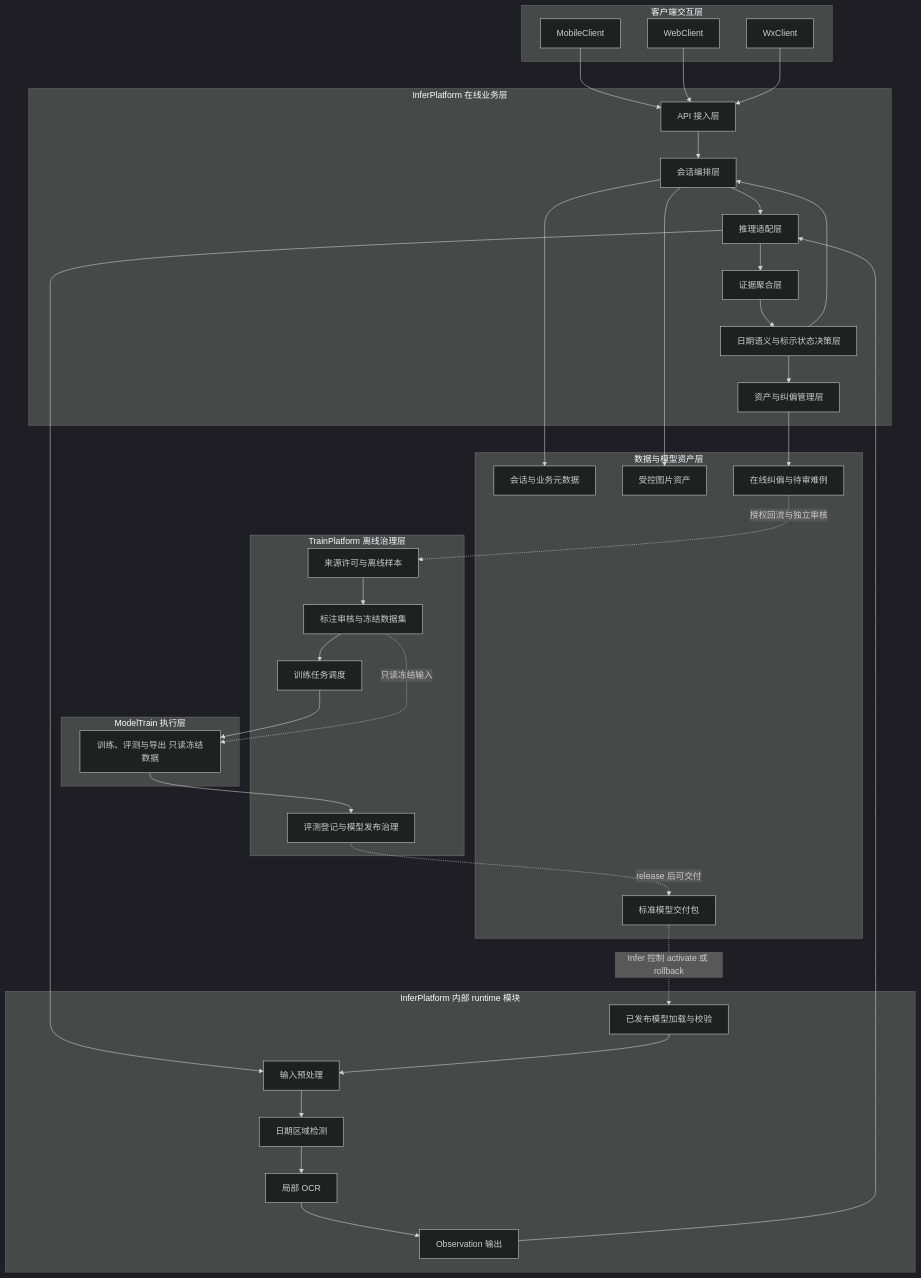
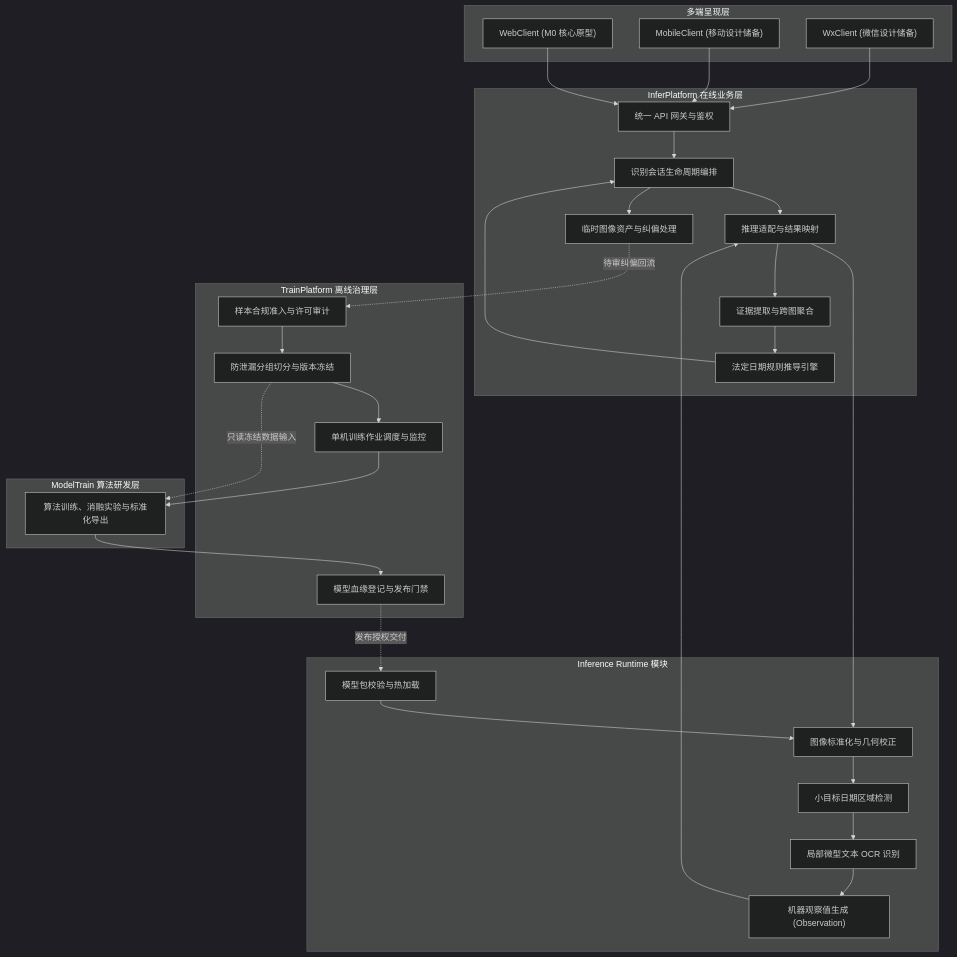
The second of 3 diagrams in ARCHITECTURE.md (QingMouFoodDate/ProjectPRD), drawn with Mermaid (dark theme) before and after one commit. The commit also changed other lines of this file and 3 other files, not shown here.

````diff
--- a/ARCHITECTURE.md
+++ b/ARCHITECTURE.md
@@ -55,62 +60,51 @@
 ```mermaid
 flowchart TB
-    subgraph Clients["客户端交互层"]
-        MOBILE["MobileClient"]
-        WEB["WebClient"]
-        WX["WxClient"]
+    subgraph Clients["多端呈现层"]
+        WEB["WebClient (M0 核心原型)"]
+        MOBILE["MobileClient (移动设计储备)"]
+        WX["WxClient (微信设计储备)"]
     end
 
-    subgraph Platform["InferPlatform 在线业务层"]
-        API["API 接入层"]
-        SESSION["会话编排层"]
-        ADAPTER["推理适配层"]
-        EVIDENCE["证据聚合层"]
-        DECISION["日期语义与标示状态决策层"]
-        ASSET["资产与纠偏管理层"]
+    subgraph OnlinePlatform["InferPlatform 在线业务层"]
+        API["统一 API 网关与鉴权"]
+        SESSION["识别会话生命周期编排"]
+        ADAPTER["推理适配与结果映射"]
+        EVIDENCE_AGG["证据提取与跨图聚合"]
+        DECISION_ENG["法定日期规则推导引擎"]
+        ASSET_MGR["临时图像资产与纠偏处理"]
     end
 
-    subgraph Runtime["InferPlatform 内部 runtime 模块"]
-        LOAD["已发布模型加载与校验"]
-        PREPROCESS["输入预处理"]
-        DETECTOR["日期区域检测"]
-        OCR["局部 OCR"]
-        OBSERVATION["Observation 输出"]
+    subgraph RuntimeEngine["Inference Runtime 模块"]
+        LOADER["模型包校验与热加载"]
+        PRE["图像标准化与几何校正"]
+        DET["小目标日期区域检测"]
+        REC["局部微型文本 OCR 识别"]
+        OBS["机器观察值生成 (Observation)"]
     end
 
-    subgraph Assets["数据与模型资产层"]
-        BUSINESS["会话与业务元数据"]
-        IMAGES["受控图片资产"]
-        CORRECTIONS["在线纠偏与待审难例"]
-        MODEL["标准模型交付包"]
+    subgraph OfflinePlatform["TrainPlatform 离线治理层"]
+        SAMPLE_GOV["样本合规准入与许可审计"]
+        DATA_FREEZE["防泄漏分组切分与版本冻结"]
+        JOB_DISPATCH["单机训练作业调度与监控"]
+        RELEASE_GATE["模型血缘登记与发布门禁"]
     end
 
-    subgraph Offline["TrainPlatform 离线治理层"]
-        SAMPLES["来源许可与离线样本"]
-        DATASET["标注审核与冻结数据集"]
-        SCHEDULE["训练任务调度"]
-        REGISTER["评测登记与模型发布治理"]
+    subgraph ResearchEngine["ModelTrain 算法研发层"]
+        ALGO_EXEC["算法训练、消融实验与标准化导出"]
     end
 
-    subgraph Research["ModelTrain 执行层"]
-        TRAIN["训练、评测与导出 只读冻结数据"]
-    end
-
+    WEB --> API
     MOBILE --> API
-    WEB --> API
     WX --> API
     API --> SESSION
     SESSION --> ADAPTER
-    ADAPTER --> PREPROCESS --> DETECTOR --> OCR --> OBSERVATION
-    OBSERVATION --> ADAPTER --> EVIDENCE --> DECISION --> SESSION
-    SESSION --> BUSINESS
-    SESSION --> IMAGES
-    DECISION --> ASSET
-    ASSET --> CORRECTIONS
-    CORRECTIONS -.授权回流与独立审核.-> SAMPLES
-    SAMPLES --> DATASET --> SCHEDULE --> TRAIN
-    DATASET -.只读冻结输入.-> TRAIN
-    TRAIN --> REGISTER
-    REGISTER -.release 后可交付.-> MODEL
-    MODEL -.Infer 控制 activate 或 rollback.-> LOAD
-    LOAD --> PREPROCESS
+    ADAPTER --> PRE --> DET --> REC --> OBS
+    OBS --> ADAPTER --> EVIDENCE_AGG --> DECISION_ENG --> SESSION
+    SESSION --> ASSET_MGR
+    ASSET_MGR -.待审纠偏回流.-> SAMPLE_GOV
+    SAMPLE_GOV --> DATA_FREEZE --> JOB_DISPATCH --> ALGO_EXEC
+    DATA_FREEZE -.只读冻结数据输入.-> ALGO_EXEC
+    ALGO_EXEC --> RELEASE_GATE
+    RELEASE_GATE -.发布授权交付.-> LOADER
+    LOADER --> PRE
 ```
````
